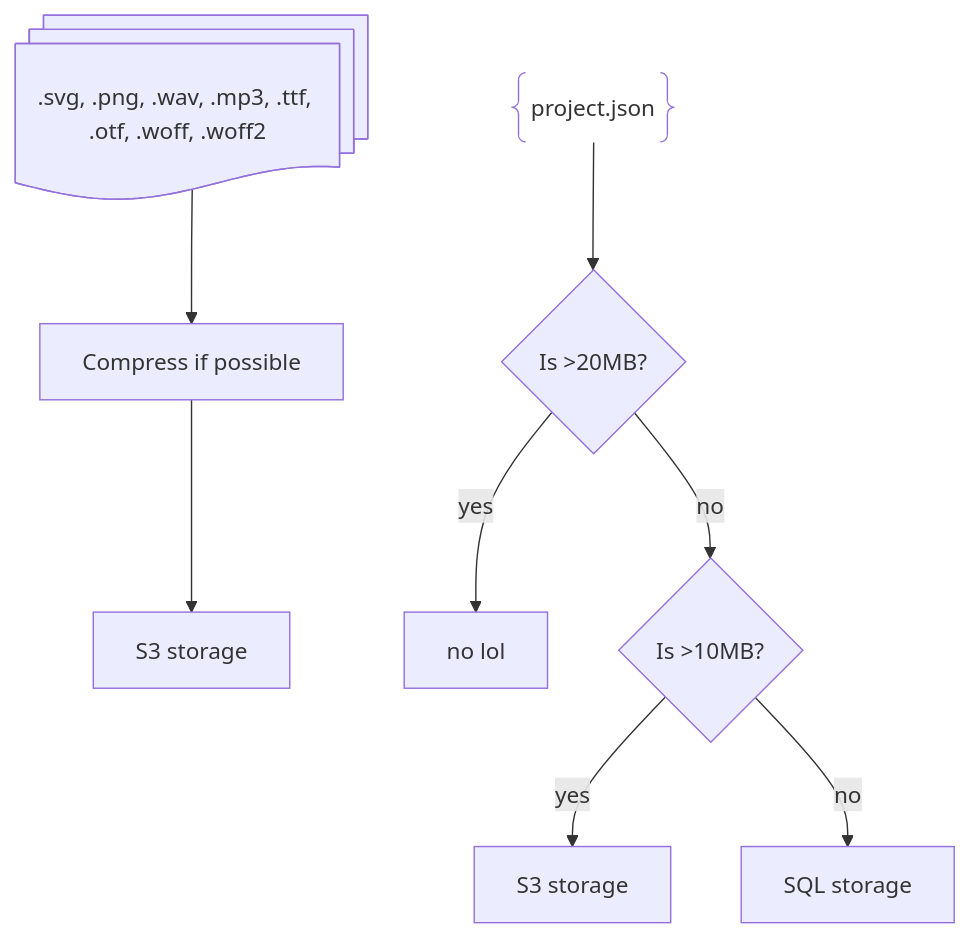
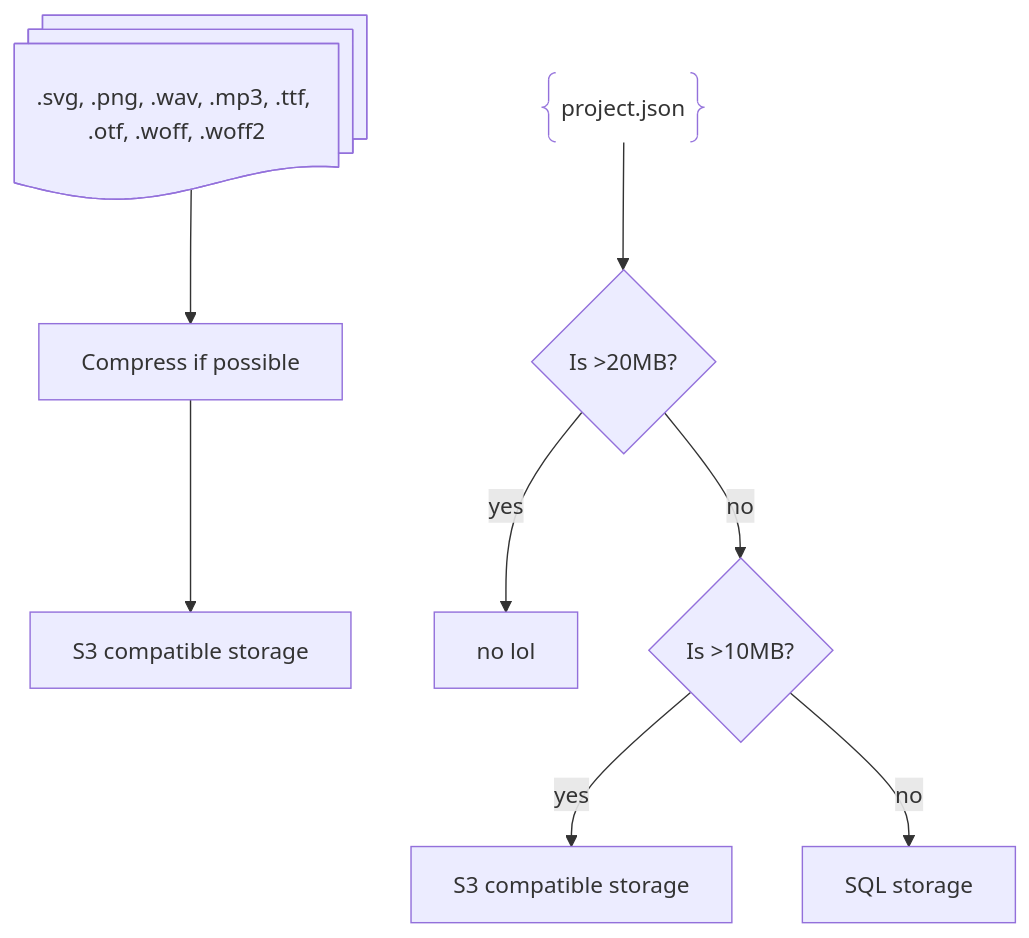
One commit to kRxZykRxZy/aw3 changed the diagram in README.md. Above: the diagram before and after it, drawn with Mermaid.

Commit message:
Sync from Codeberg repo

````diff
--- a/README.md
+++ b/README.md
@@ -57,15 +57,15 @@
 ```mermaid
 flowchart TB
     n2[".svg, .png, .wav, .mp3, .ttf, .otf, .woff, .woff2"] --> n5["Compress if possible"]
     n1["project.json"] --> n6["Is &gt;20MB?"]
-    n5 --> n7["S3 storage"]
+    n5 --> n7["S3 compatible storage"]
     n6 -- yes --> n8["no lol"]
     n6 -- no --> n10["Is &gt;10MB?"]
-    n10 -- yes --> n11["S3 storage"]
+    n10 -- yes --> n11["S3 compatible storage"]
     n10 -- no --> n12["SQL storage"]
 
     n2@{ shape: docs}
     n1@{ shape: braces}
     n6@{ shape: diam}
     n10@{ shape: diam}
 ```
````
